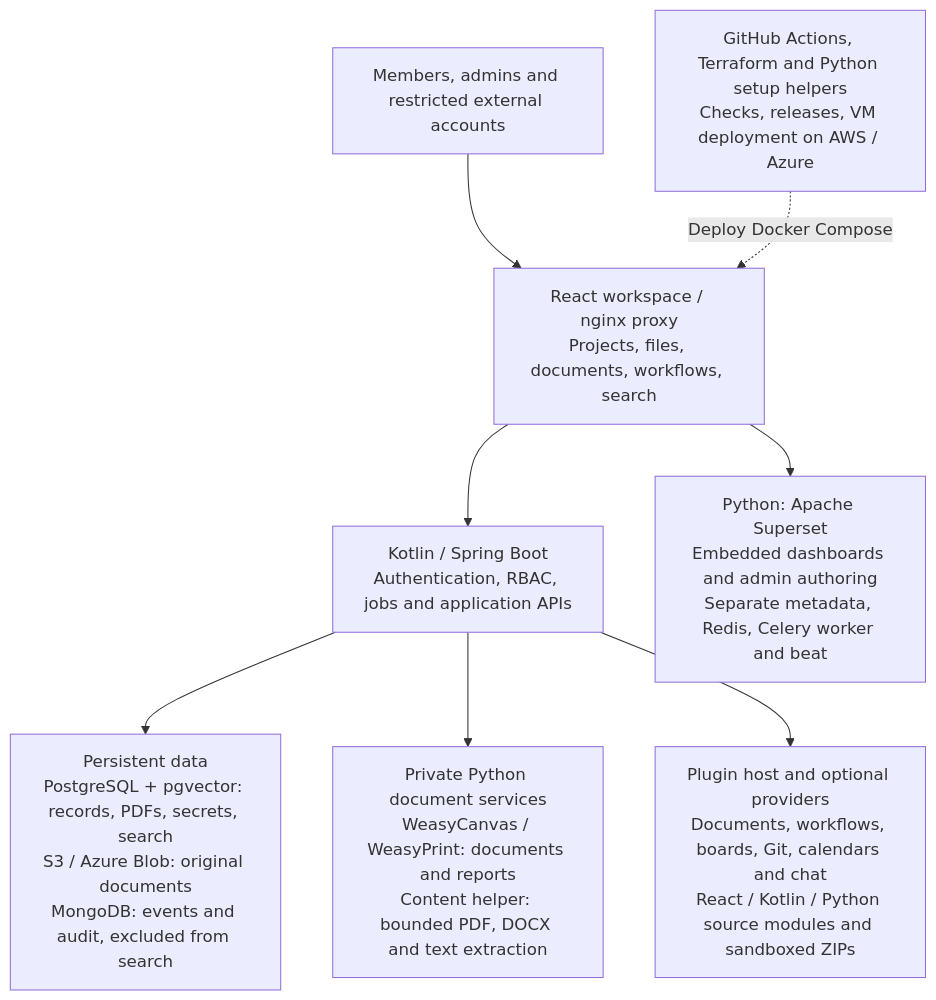
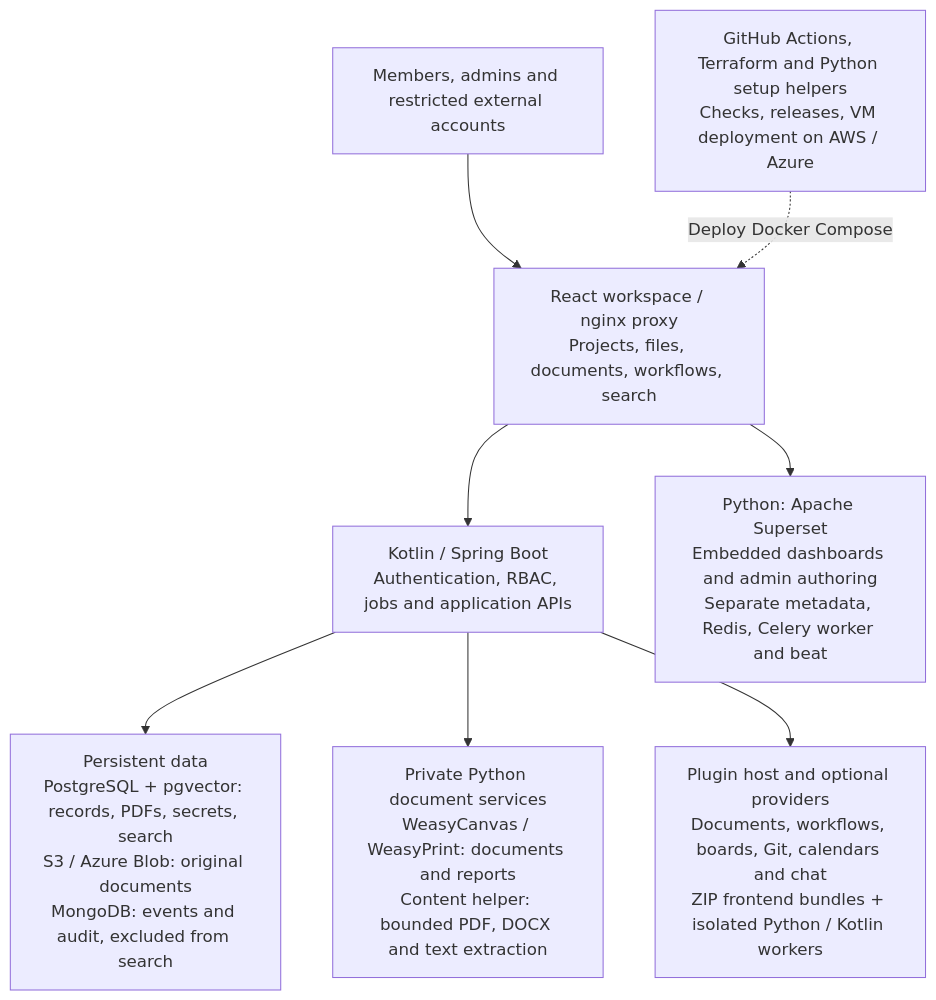
Before and after one commit to GrahamCHill/Meshable-Ops: the diagram in README.md, drawn with Mermaid. The commit also changed other lines of this file and 47 other files, not shown here.

First line of the commit message:
feat: Expand Python and Kotlin ZIP plugin support

````diff
--- a/README.md
+++ b/README.md
@@ -50,15 +50,15 @@
 ```mermaid
 flowchart TB
     users["Members, admins and restricted external accounts"]
     web["React workspace / nginx proxy<br/>Projects, files, documents, workflows, search"]
     api["Kotlin / Spring Boot<br/>Authentication, RBAC, jobs and application APIs"]
     state["Persistent data<br/>PostgreSQL + pgvector: records, PDFs, secrets, search<br/>S3 / Azure Blob: original documents<br/>MongoDB: events and audit, excluded from search"]
     python["Private Python document services<br/>WeasyCanvas / WeasyPrint: documents and reports<br/>Content helper: bounded PDF, DOCX and text extraction"]
-    plugins["Plugin host and optional providers<br/>Documents, workflows, boards, Git, calendars and chat<br/>React / Kotlin / Python source modules and sandboxed ZIPs"]
+    plugins["Plugin host and optional providers<br/>Documents, workflows, boards, Git, calendars and chat<br/>ZIP frontend bundles + isolated Python / Kotlin workers"]
     analytics["Python: Apache Superset<br/>Embedded dashboards and admin authoring<br/>Separate metadata, Redis, Celery worker and beat"]
     ci["GitHub Actions, Terraform and Python setup helpers<br/>Checks, releases, VM deployment on AWS / Azure"]
     users --> web --> api
     web --> analytics
     api --> state & python & plugins
     ci -. "Deploy Docker Compose" .-> web
 ```
````
